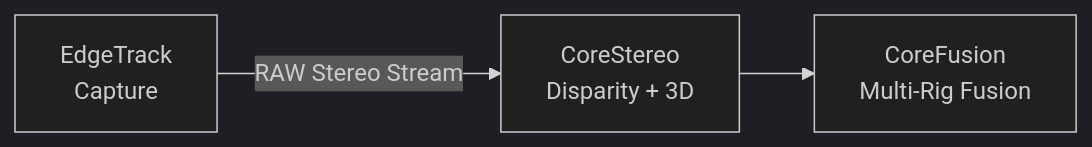
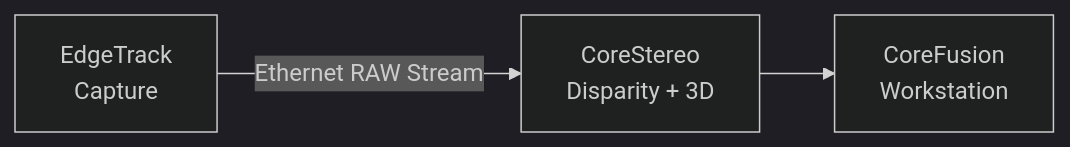
The first of 2 diagrams in README.md (edgetrackorg/corestereo), drawn with Mermaid (dark theme) before and after one commit. The commit also changed other lines of this file, not shown here.

````diff
--- a/README.md
+++ b/README.md
@@ -33,5 +33,5 @@
 ```mermaid
 flowchart LR
-    E[EdgeTrack\nCapture] -->|RAW Stereo Stream| S[CoreStereo\nDisparity + 3D]
-    S --> F[CoreFusion\nMulti-Rig Fusion]
+    E[EdgeTrack\nCapture] -->|Ethernet RAW Stream| S[CoreStereo\nDisparity + 3D]
+    S --> F[CoreFusion<br/>Workstation]
 ```
````
